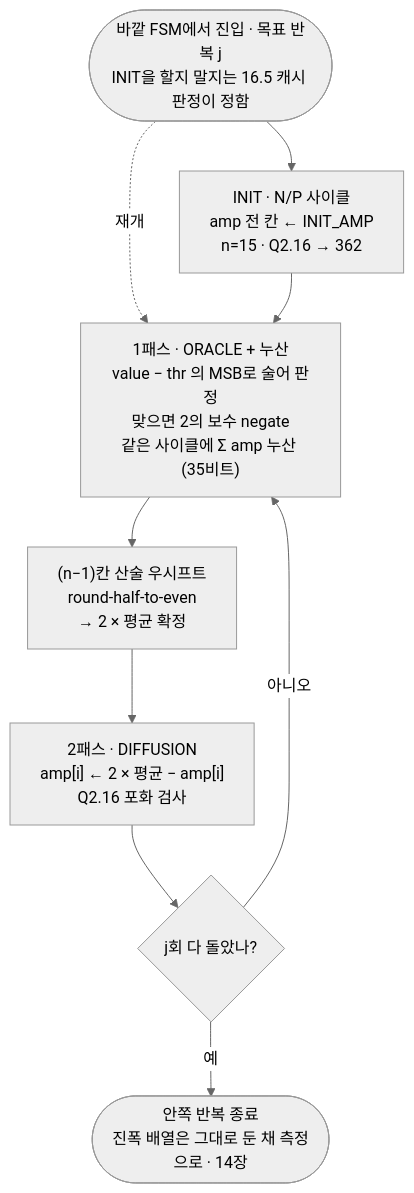
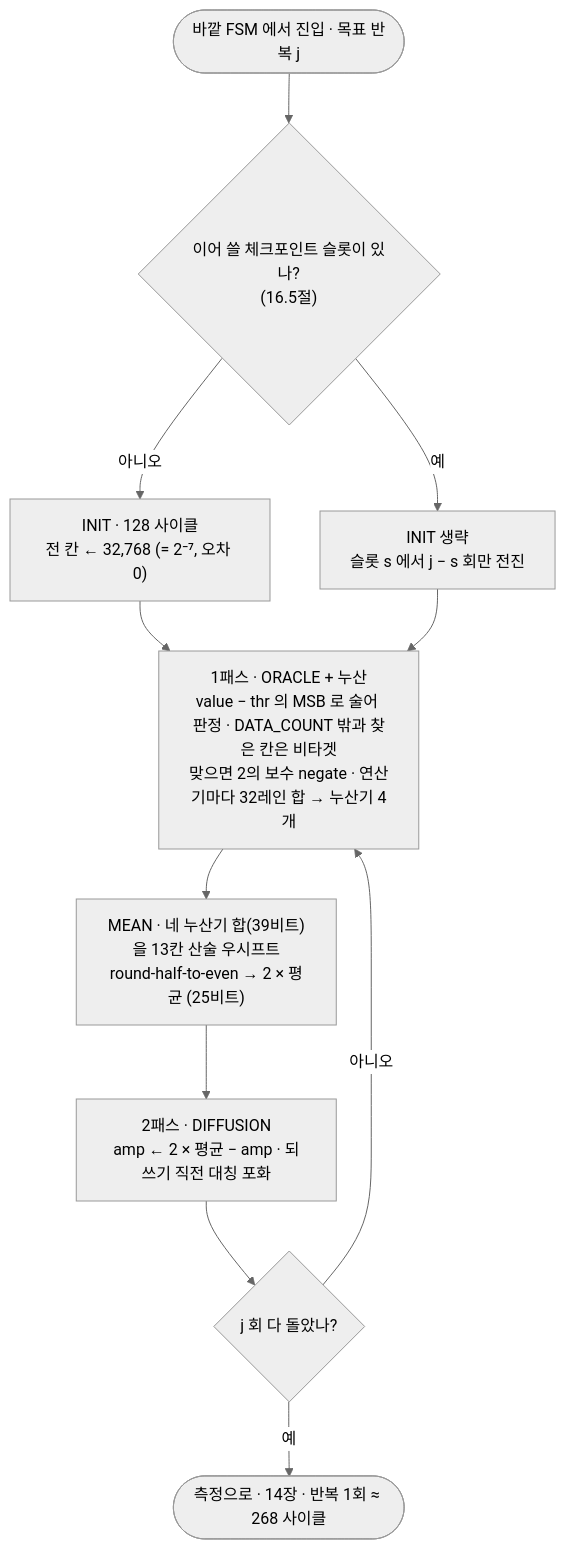
Before and after one commit to Git-Junsang/Quantum-Grover: the diagram in documents/study_references/diagrams/src/13_datapath.mmd, drawn with Mermaid (neutral theme). The commit also changed 49 other files, not shown here.

```diff
--- a/documents/study_references/diagrams/src/13_datapath.mmd
+++ b/documents/study_references/diagrams/src/13_datapath.mmd
@@ -1,9 +1,11 @@
 flowchart TD
-    IN([바깥 FSM에서 진입 · 목표 반복 j<br/>INIT을 할지 말지는 16.5 캐시 판정이 정함]) --> INIT["INIT · N/P 사이클<br/>amp 전 칸 ← INIT_AMP<br/>n=15 · Q2.16 → 362"]
-    IN -.재개.-> P1
-    INIT --> P1["1패스 · ORACLE + 누산<br/>value − thr 의 MSB로 술어 판정<br/>맞으면 2의 보수 negate<br/>같은 사이클에 Σ amp 누산 (35비트)"]
-    P1 --> SH["(n−1)칸 산술 우시프트<br/>round-half-to-even<br/>→ 2 × 평균 확정"]
-    SH --> P2["2패스 · DIFFUSION<br/>amp[i] ← 2 × 평균 − amp[i]<br/>Q2.16 포화 검사"]
-    P2 --> CHK{"j회 다 돌았나?"}
+    IN([바깥 FSM 에서 진입 · 목표 반복 j]) --> CK{"이어 쓸 체크포인트 슬롯이 있나?<br/>(16.5절)"}
+    CK -->|아니오| INIT["INIT · 128 사이클<br/>전 칸 ← 32,768 (= 2⁻⁷, 오차 0)"]
+    CK -->|예| SKIP["INIT 생략<br/>슬롯 s 에서 j − s 회만 전진"]
+    INIT --> P1
+    SKIP --> P1
+    P1["1패스 · ORACLE + 누산<br/>value − thr 의 MSB 로 술어 판정 · DATA_COUNT 밖과 찾은 칸은 비타겟<br/>맞으면 2의 보수 negate · 연산기마다 32레인 합 → 누산기 4개"] --> MEAN["MEAN · 네 누산기 합(39비트)을 13칸 산술 우시프트<br/>round-half-to-even → 2 × 평균 (25비트)"]
+    MEAN --> P2["2패스 · DIFFUSION<br/>amp ← 2 × 평균 − amp · 되쓰기 직전 대칭 포화"]
+    P2 --> CHK{"j 회 다 돌았나?"}
     CHK -->|아니오| P1
-    CHK -->|예| OUT([안쪽 반복 종료<br/>진폭 배열은 그대로 둔 채 측정으로 · 14장])
+    CHK -->|예| OUT([측정으로 · 14장 · 반복 1회 ≈ 268 사이클])
```
